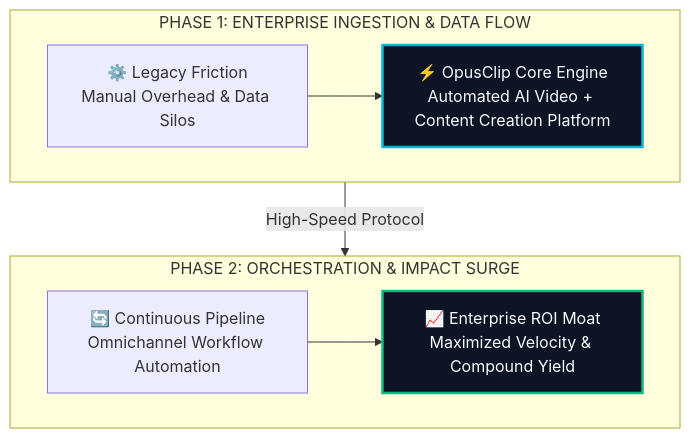
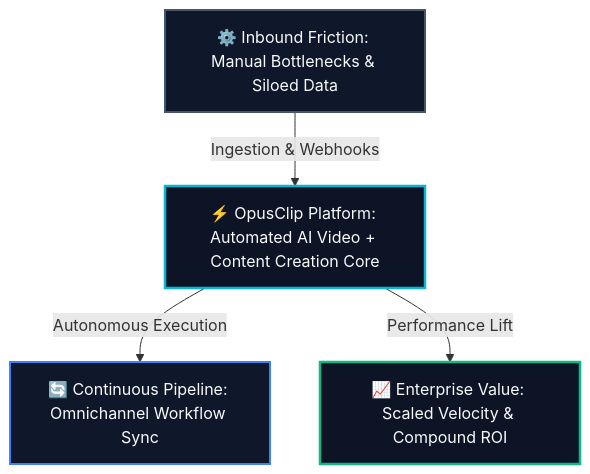
Before and after one commit to heliatech-media/saas-radar: the diagram in site/src/content/blog/opus-clip-evolution-guide-2026.md, drawn with Mermaid. The commit also changed 93 other files, not shown here.

First line of the commit message:
fix(diagrams): resolve dagre-d3 subgraph collision by migrating to balanced 3-tier Hub & Spoke architecture

````diff
--- a/site/src/content/blog/opus-clip-evolution-guide-2026.md
+++ b/site/src/content/blog/opus-clip-evolution-guide-2026.md
@@ -56,14 +56,14 @@
 ```mermaid
 flowchart TD
-    subgraph S1["PHASE 1: ENTERPRISE INGESTION & DATA FLOW"]
-        direction LR
-        A["⚙️ Legacy Friction<br/>Manual Overhead & Data Silos"] --> B["⚡ OpusClip Core Engine<br/>Automated AI Video + Content Creation Platform"]
-    end
-    subgraph S2["PHASE 2: ORCHESTRATION & IMPACT SURGE"]
-        direction LR
-        C["🔄 Continuous Pipeline<br/>Omnichannel Workflow Automation"] --> D["📈 Enterprise ROI Moat<br/>Maximized Velocity & Compound Yield"]
-    end
-    S1 -->|High-Speed Protocol| S2
-    style B fill:#0c1425,stroke:#06b6d4,stroke-width:2.5px,color:#f8fafc
-    style D fill:#0c1425,stroke:#10b981,stroke-width:2.5px,color:#f8fafc
+    Inp["⚙️ Inbound Friction: Manual Bottlenecks & Siloed Data"]
+    Eng["⚡ OpusClip Platform: Automated AI Video + Content Creation Core"]
+    Out1["🔄 Continuous Pipeline: Omnichannel Workflow Sync"]
+    Out2["📈 Enterprise Value: Scaled Velocity & Compound ROI"]
+    Inp -->|Ingestion & Webhooks| Eng
+    Eng -->|Autonomous Execution| Out1
+    Eng -->|Performance Lift| Out2
+    style Inp fill:#0f172a,stroke:#475569,stroke-width:2px,color:#f8fafc
+    style Eng fill:#0c1425,stroke:#06b6d4,stroke-width:2.5px,color:#f8fafc
+    style Out1 fill:#0f172a,stroke:#3b82f6,stroke-width:2px,color:#f8fafc
+    style Out2 fill:#0c1425,stroke:#10b981,stroke-width:2.5px,color:#f8fafc
 ```
````
